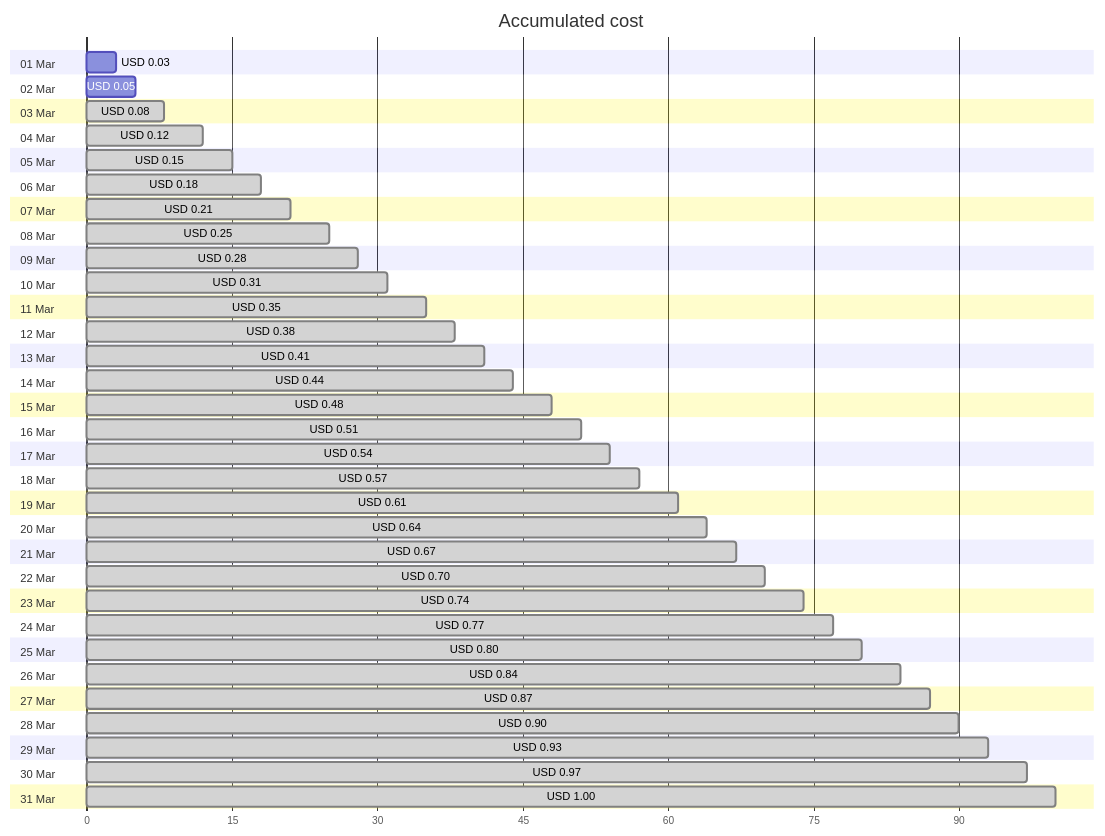
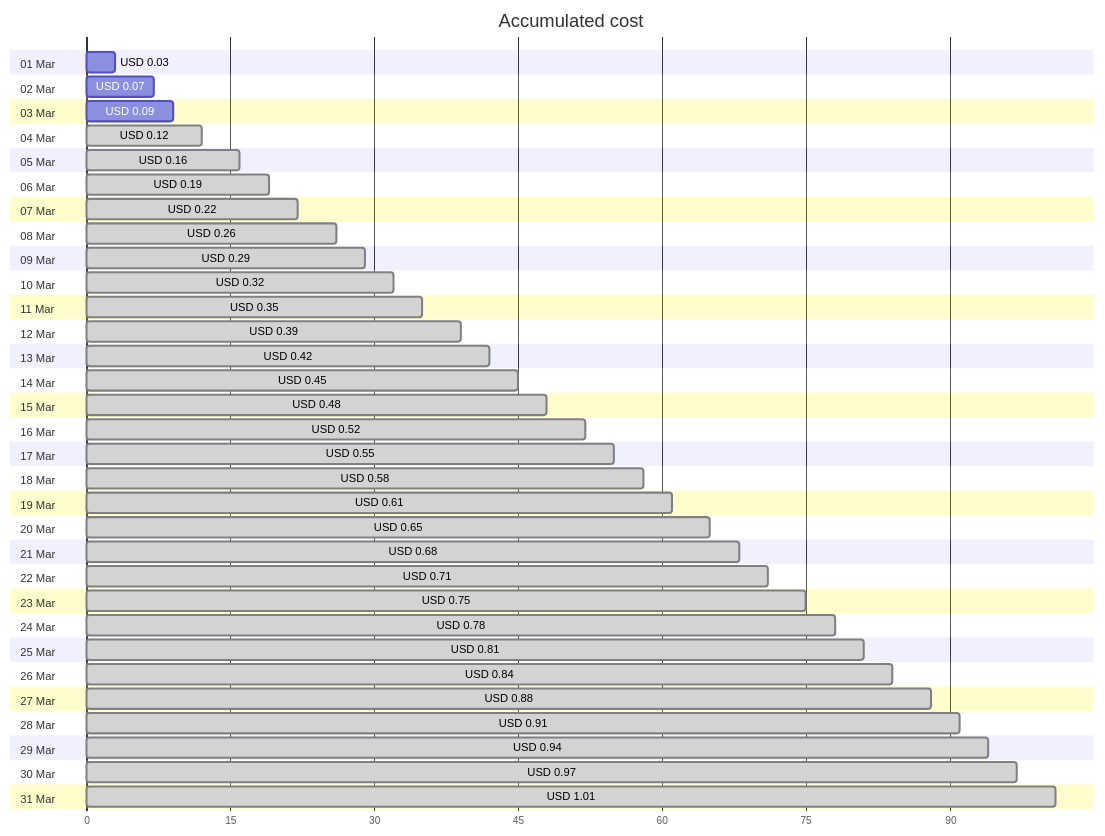
Before and after one commit to jpfulton/azure-personal-reports: the first of 4 diagrams in cost-reports/personal-dns/README.md, drawn with Mermaid. The commit also changed other lines of this file and 2 other files, not shown here.

Commit message:
Generated reports [skip ci]

````diff
--- a/cost-reports/personal-dns/README.md
+++ b/cost-reports/personal-dns/README.md
@@ -20,68 +20,68 @@
 ```mermaid
 gantt
    title Accumulated cost
    dateFormat  X
    axisFormat %s
    section 01 Mar
    USD 0.03 :0, 3
    section 02 Mar
-   USD 0.05 :0, 5
+   USD 0.07 :0, 7
    section 03 Mar
-   USD 0.08 : done, 0, 8
+   USD 0.09 :0, 9
    section 04 Mar
    USD 0.12 : done, 0, 12
    section 05 Mar
-   USD 0.15 : done, 0, 15
+   USD 0.16 : done, 0, 16
    section 06 Mar
-   USD 0.18 : done, 0, 18
+   USD 0.19 : done, 0, 19
    section 07 Mar
-   USD 0.21 : done, 0, 21
+   USD 0.22 : done, 0, 22
    section 08 Mar
-   USD 0.25 : done, 0, 25
+   USD 0.26 : done, 0, 26
    section 09 Mar
-   USD 0.28 : done, 0, 28
+   USD 0.29 : done, 0, 29
    section 10 Mar
-   USD 0.31 : done, 0, 31
+   USD 0.32 : done, 0, 32
    section 11 Mar
    USD 0.35 : done, 0, 35
    section 12 Mar
-   USD 0.38 : done, 0, 38
+   USD 0.39 : done, 0, 39
    section 13 Mar
-   USD 0.41 : done, 0, 41
+   USD 0.42 : done, 0, 42
    section 14 Mar
-   USD 0.44 : done, 0, 44
+   USD 0.45 : done, 0, 45
    section 15 Mar
    USD 0.48 : done, 0, 48
    section 16 Mar
-   USD 0.51 : done, 0, 51
+   USD 0.52 : done, 0, 52
    section 17 Mar
-   USD 0.54 : done, 0, 54
+   USD 0.55 : done, 0, 55
    section 18 Mar
-   USD 0.57 : done, 0, 57
+   USD 0.58 : done, 0, 58
    section 19 Mar
    USD 0.61 : done, 0, 61
    section 20 Mar
-   USD 0.64 : done, 0, 64
+   USD 0.65 : done, 0, 65
    section 21 Mar
-   USD 0.67 : done, 0, 67
+   USD 0.68 : done, 0, 68
    section 22 Mar
-   USD 0.70 : done, 0, 70
+   USD 0.71 : done, 0, 71
    section 23 Mar
-   USD 0.74 : done, 0, 74
+   USD 0.75 : done, 0, 75
    section 24 Mar
-   USD 0.77 : done, 0, 77
+   USD 0.78 : done, 0, 78
    section 25 Mar
-   USD 0.80 : done, 0, 80
+   USD 0.81 : done, 0, 81
    section 26 Mar
    USD 0.84 : done, 0, 84
    section 27 Mar
-   USD 0.87 : done, 0, 87
+   USD 0.88 : done, 0, 88
    section 28 Mar
-   USD 0.90 : done, 0, 90
+   USD 0.91 : done, 0, 91
    section 29 Mar
-   USD 0.93 : done, 0, 93
+   USD 0.94 : done, 0, 94
    section 30 Mar
    USD 0.97 : done, 0, 97
    section 31 Mar
-   USD 1.00 : done, 0, 100
+   USD 1.01 : done, 0, 101
 ```
````
